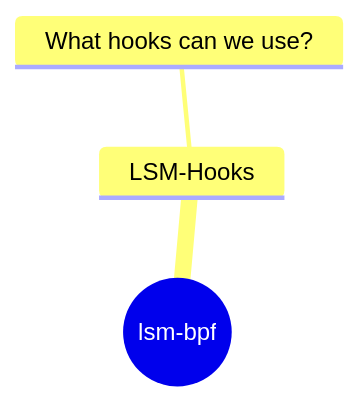
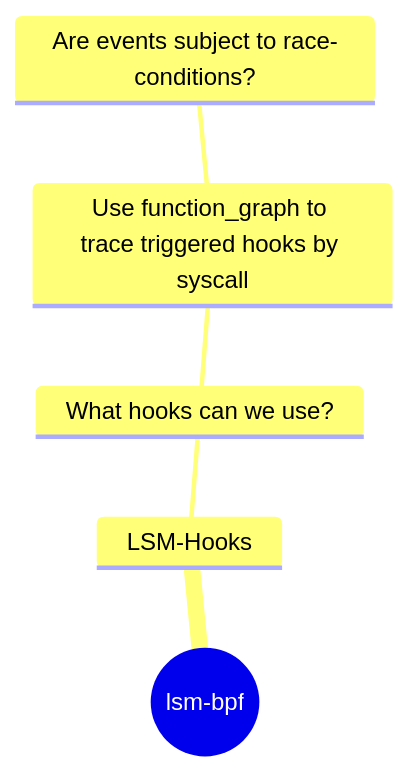
Before and after one commit to Turbodunker/lsm-bpf: the diagram in Questions:.md, drawn with Mermaid.

Commit message:
Updated Questions: (markdown)

````diff
--- a/Questions:.md
+++ b/Questions:.md
@@ -6,6 +6,8 @@
 ``` mermaid
     mindmap
         root((lsm-bpf))
             LSM-Hooks
                 What hooks can we use?
+                    Use function_graph to trace triggered hooks by syscall
+                        Are events subject to race-conditions?
 ```
````
